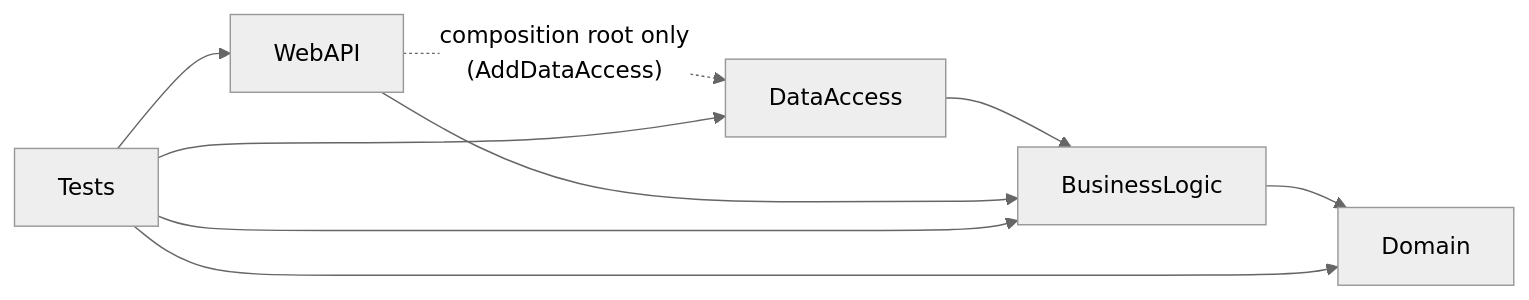
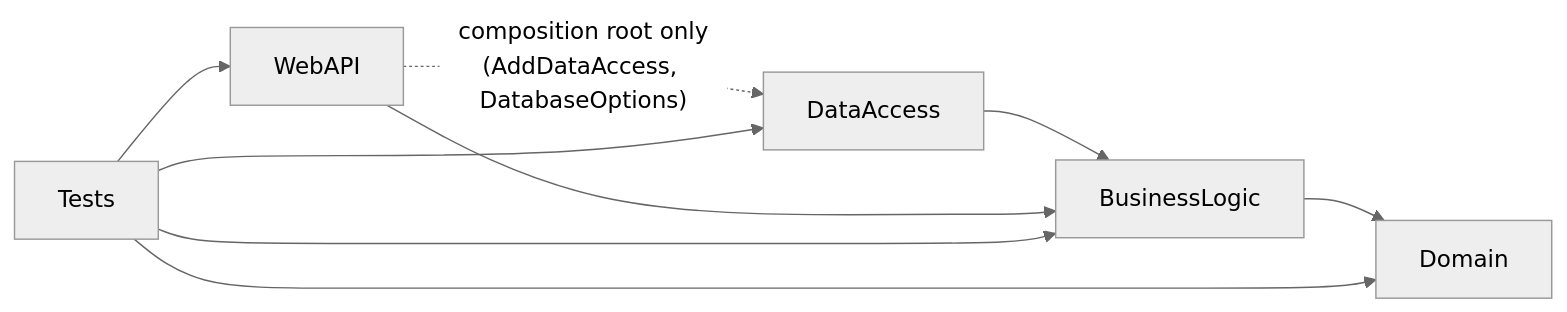
One commit to FrunzaDan/imalo-education-webapp changed the second of 3 diagrams in ARCHITECTURE_AND_DESIGN.md. Above: the diagram before and after it, drawn with Mermaid (neutral theme). The commit also changed other lines of this file and 39 other files, not shown here.

Commit message:
clean architecture refactor

````diff
--- a/ARCHITECTURE_AND_DESIGN.md
+++ b/ARCHITECTURE_AND_DESIGN.md
@@ -98,8 +102,8 @@
 ```mermaid
 flowchart LR
     BusinessLogic --> Domain
     DataAccess --> BusinessLogic
     WebAPI --> BusinessLogic
-    WebAPI -. "composition root only<br/>(AddDataAccess)" .-> DataAccess
+    WebAPI -. "composition root only<br/>(AddDataAccess, DatabaseOptions)" .-> DataAccess
     Tests --> WebAPI & BusinessLogic & DataAccess & Domain
 ```
````
